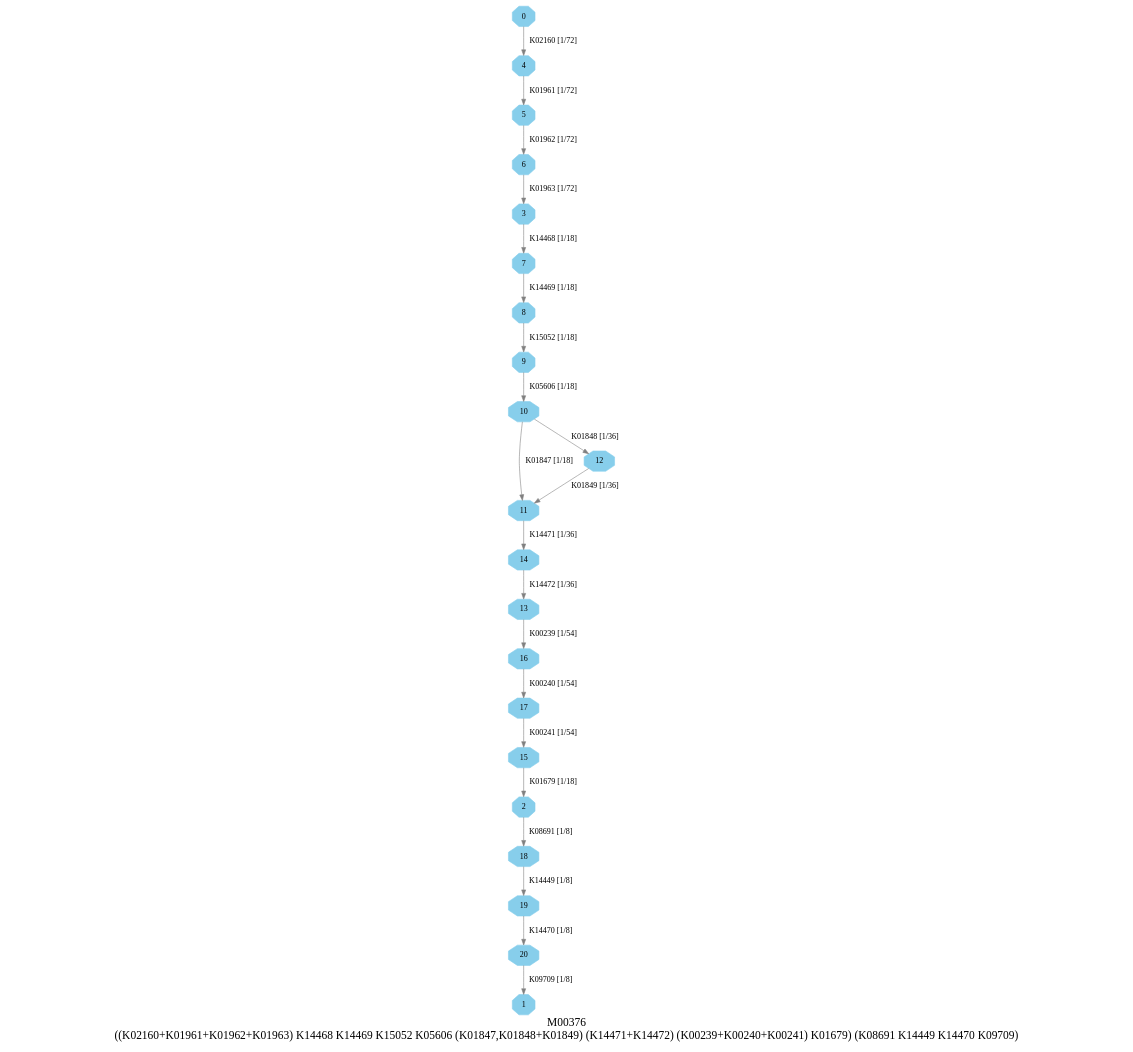
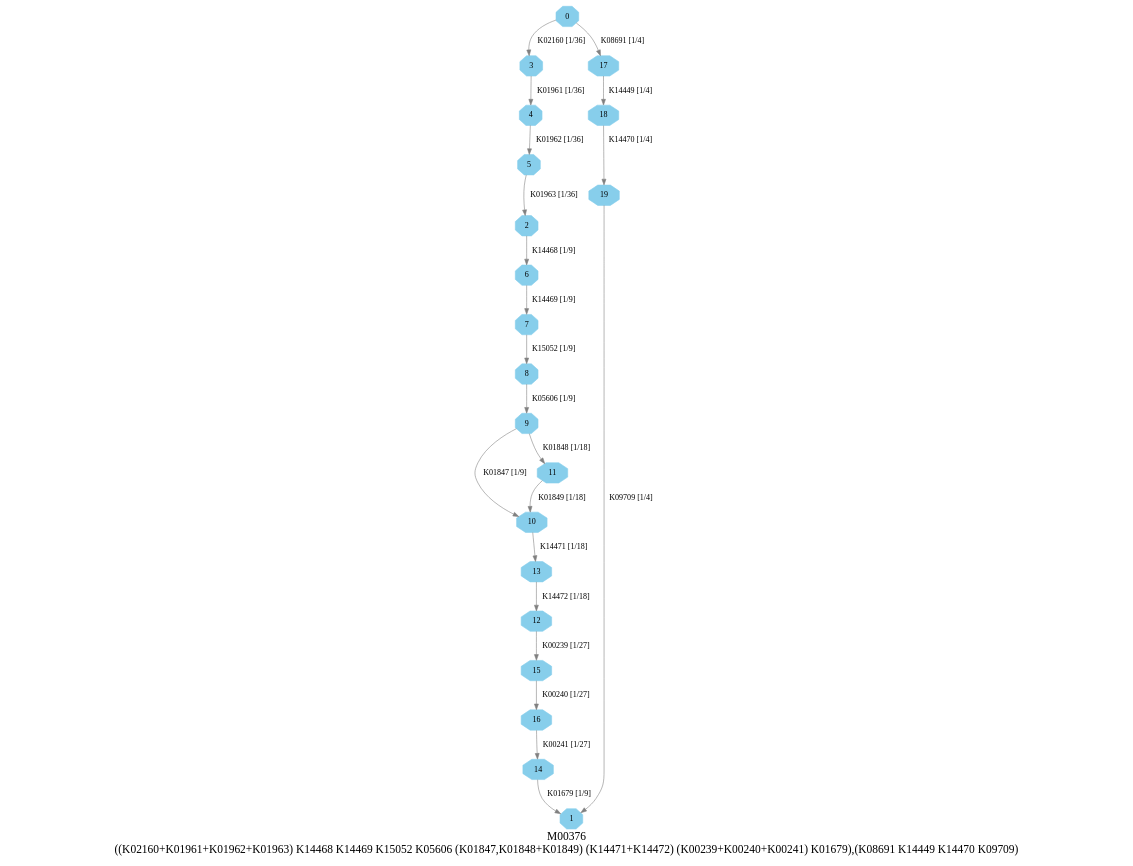
One commit to EBI-Metagenomics/kegg-pathways-completeness-tool changed the diagram in graphs/dots/M00376.dot. Above: the diagram before and after it, drawn with Graphviz. The commit also changed 45 other files, not shown here.

```diff
--- a/graphs/dots/M00376.dot
+++ b/graphs/dots/M00376.dot
@@ -1,28 +1,28 @@
 digraph G {
 graph [label="M00376
-((K02160+K01961+K01962+K01963) K14468 K14469 K15052 K05606 (K01847,K01848+K01849) (K14471+K14472) (K00239+K00240+K00241) K01679) (K08691 K14449 K14470 K09709)",fontsize=20];
+((K02160+K01961+K01962+K01963) K14468 K14469 K15052 K05606 (K01847,K01848+K01849) (K14471+K14472) (K00239+K00240+K00241) K01679),(K08691 K14449 K14470 K09709)",fontsize=20];
 node [shape=box,style=filled];
 edge [len=3,color=grey];
-{node [width=.3,height=.3,shape=octagon,style=filled,color=skyblue] 0 1 2 3 4 5 6 7 8 9 10 11 12 13 14 15 16 17 18 19 20 }
-0 -> 4 [label="K02160 [1/72]"];
-2 -> 18 [label="K08691 [1/8]"];
-3 -> 7 [label="K14468 [1/18]"];
-4 -> 5 [label="K01961 [1/72]"];
-5 -> 6 [label="K01962 [1/72]"];
-6 -> 3 [label="K01963 [1/72]"];
-7 -> 8 [label="K14469 [1/18]"];
-8 -> 9 [label="K15052 [1/18]"];
-9 -> 10 [label="K05606 [1/18]"];
-10 -> 11 [label="K01847 [1/18]"];
-10 -> 12 [label="K01848 [1/36]"];
-11 -> 14 [label="K14471 [1/36]"];
-12 -> 11 [label="K01849 [1/36]"];
-13 -> 16 [label="K00239 [1/54]"];
-14 -> 13 [label="K14472 [1/36]"];
-15 -> 2 [label="K01679 [1/18]"];
-16 -> 17 [label="K00240 [1/54]"];
-17 -> 15 [label="K00241 [1/54]"];
-18 -> 19 [label="K14449 [1/8]"];
-19 -> 20 [label="K14470 [1/8]"];
-20 -> 1 [label="K09709 [1/8]"];
+{node [width=.3,height=.3,shape=octagon,style=filled,color=skyblue] 0 1 2 3 4 5 6 7 8 9 10 11 12 13 14 15 16 17 18 19 }
+0 -> 3 [label="K02160 [1/36]"];
+0 -> 17 [label="K08691 [1/4]"];
+2 -> 6 [label="K14468 [1/9]"];
+3 -> 4 [label="K01961 [1/36]"];
+4 -> 5 [label="K01962 [1/36]"];
+5 -> 2 [label="K01963 [1/36]"];
+6 -> 7 [label="K14469 [1/9]"];
+7 -> 8 [label="K15052 [1/9]"];
+8 -> 9 [label="K05606 [1/9]"];
+9 -> 10 [label="K01847 [1/9]"];
+9 -> 11 [label="K01848 [1/18]"];
+10 -> 13 [label="K14471 [1/18]"];
+11 -> 10 [label="K01849 [1/18]"];
+12 -> 15 [label="K00239 [1/27]"];
+13 -> 12 [label="K14472 [1/18]"];
+14 -> 1 [label="K01679 [1/9]"];
+15 -> 16 [label="K00240 [1/27]"];
+16 -> 14 [label="K00241 [1/27]"];
+17 -> 18 [label="K14449 [1/4]"];
+18 -> 19 [label="K14470 [1/4]"];
+19 -> 1 [label="K09709 [1/4]"];
 }
```
